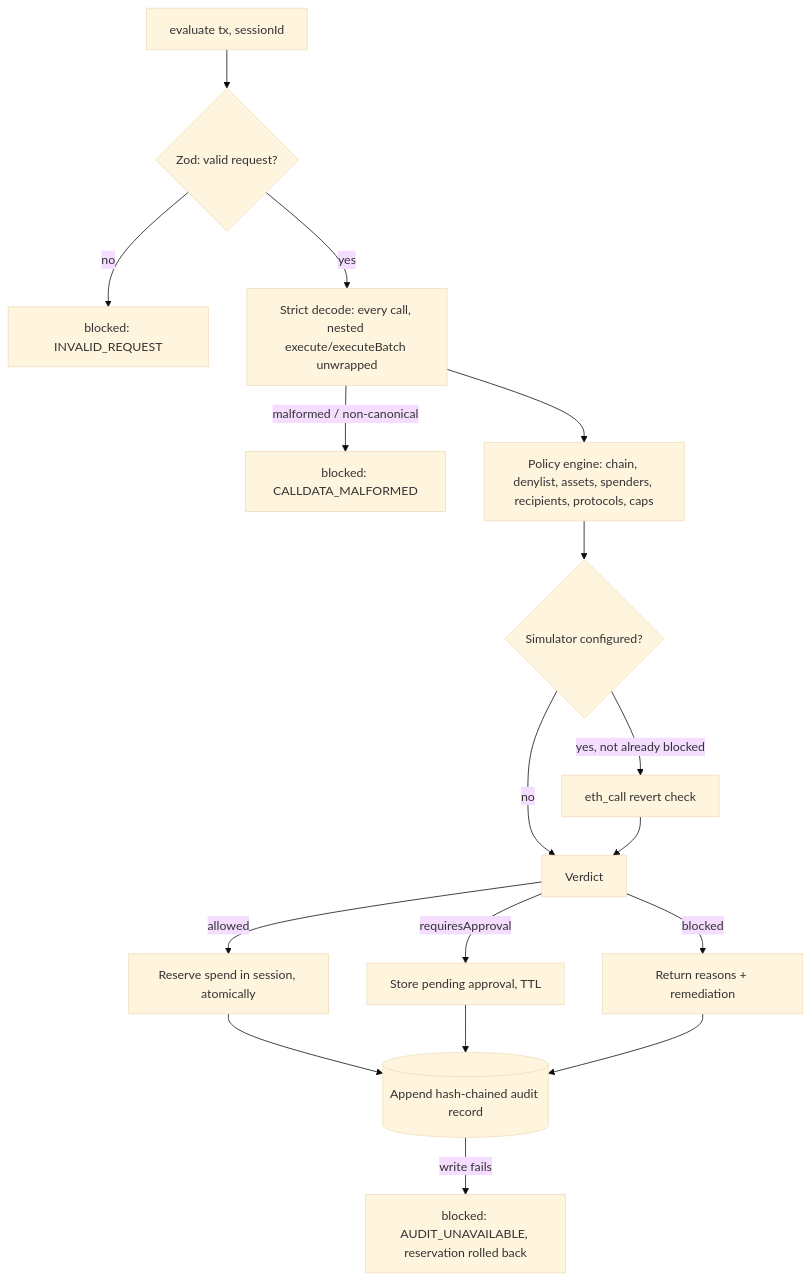
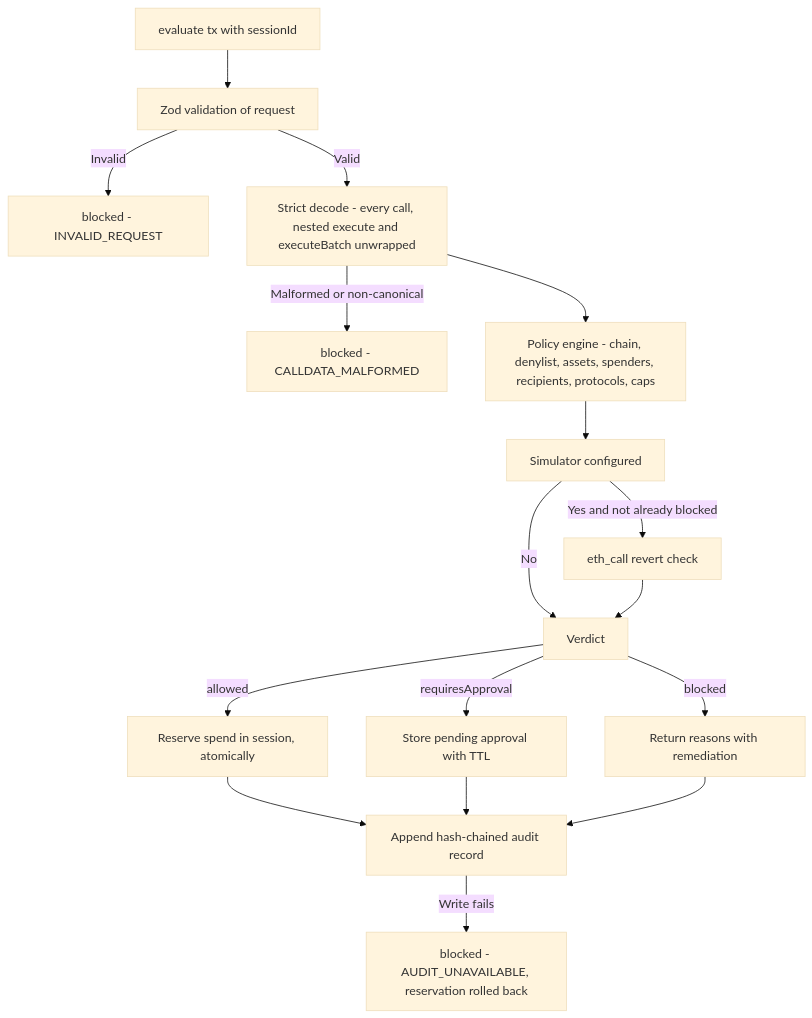
One commit to SRIVISHNUGV-DEV/Portcullis changed the second of 6 diagrams in README.md. Above: the diagram before and after it, drawn with Mermaid (base theme). The commit also changed other lines of this file and 1 other file, not shown here.

````diff
--- a/README.md
+++ b/README.md
@@ -54,19 +91,19 @@
 ```mermaid
 flowchart TD
-  R[evaluate tx, sessionId] --> V{Zod: valid request?}
-  V -- no --> B1[blocked: INVALID_REQUEST]
-  V -- yes --> D[Strict decode: every call, nested execute/executeBatch unwrapped]
-  D -- malformed / non-canonical --> B2[blocked: CALLDATA_MALFORMED]
-  D --> E[Policy engine: chain, denylist, assets, spenders, recipients, protocols, caps]
-  E --> S{Simulator configured?}
-  S -- yes, not already blocked --> SIM[eth_call revert check]
-  S -- no --> VR[Verdict]
-  SIM --> VR
-  VR -- allowed --> RES[Reserve spend in session, atomically]
-  VR -- requiresApproval --> PA[Store pending approval, TTL]
-  VR -- blocked --> X[Return reasons + remediation]
-  RES --> A[(Append hash-chained audit record)]
-  PA --> A
-  X --> A
-  A -- write fails --> B3[blocked: AUDIT_UNAVAILABLE, reservation rolled back]
+    R["evaluate tx with sessionId"] --> V["Zod validation of request"]
+    V -->|Invalid| B1["blocked - INVALID_REQUEST"]
+    V -->|Valid| D["Strict decode - every call, nested execute and executeBatch unwrapped"]
+    D -->|Malformed or non-canonical| B2["blocked - CALLDATA_MALFORMED"]
+    D --> E["Policy engine - chain, denylist, assets, spenders, recipients, protocols, caps"]
+    E --> S["Simulator configured"]
+    S -->|Yes and not already blocked| SIM["eth_call revert check"]
+    S -->|No| VR["Verdict"]
+    SIM --> VR
+    VR -->|allowed| RES["Reserve spend in session, atomically"]
+    VR -->|requiresApproval| PA["Store pending approval with TTL"]
+    VR -->|blocked| X["Return reasons with remediation"]
+    RES --> A["Append hash-chained audit record"]
+    PA --> A
+    X --> A
+    A -->|Write fails| B3["blocked - AUDIT_UNAVAILABLE, reservation rolled back"]
 ```
````
